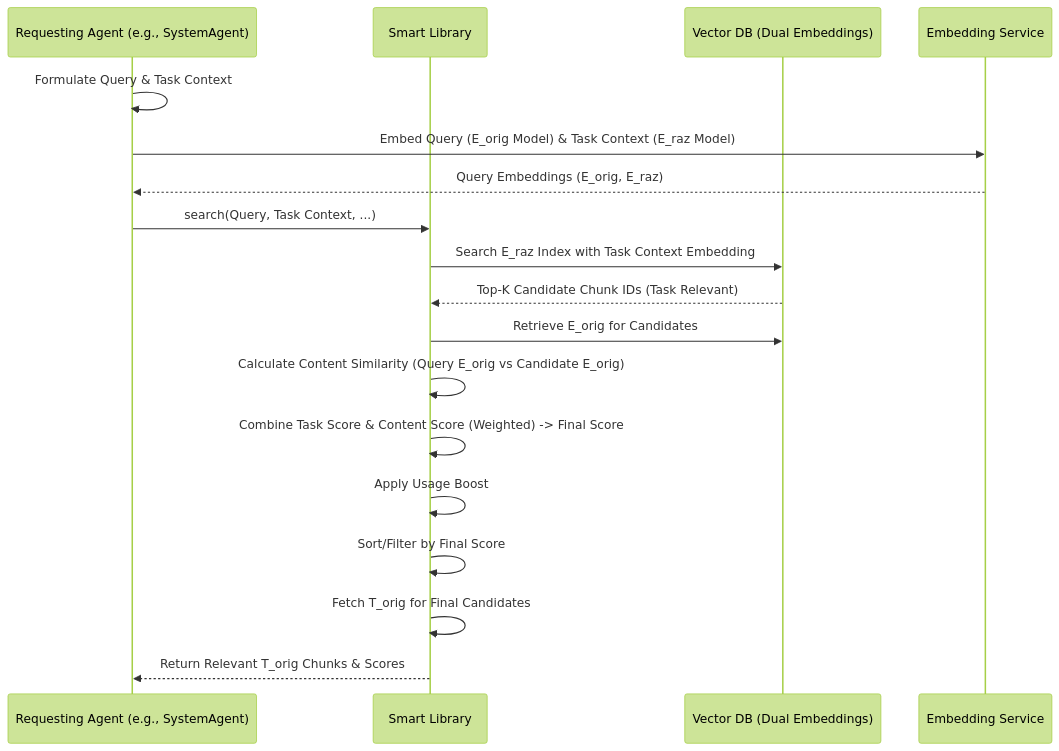
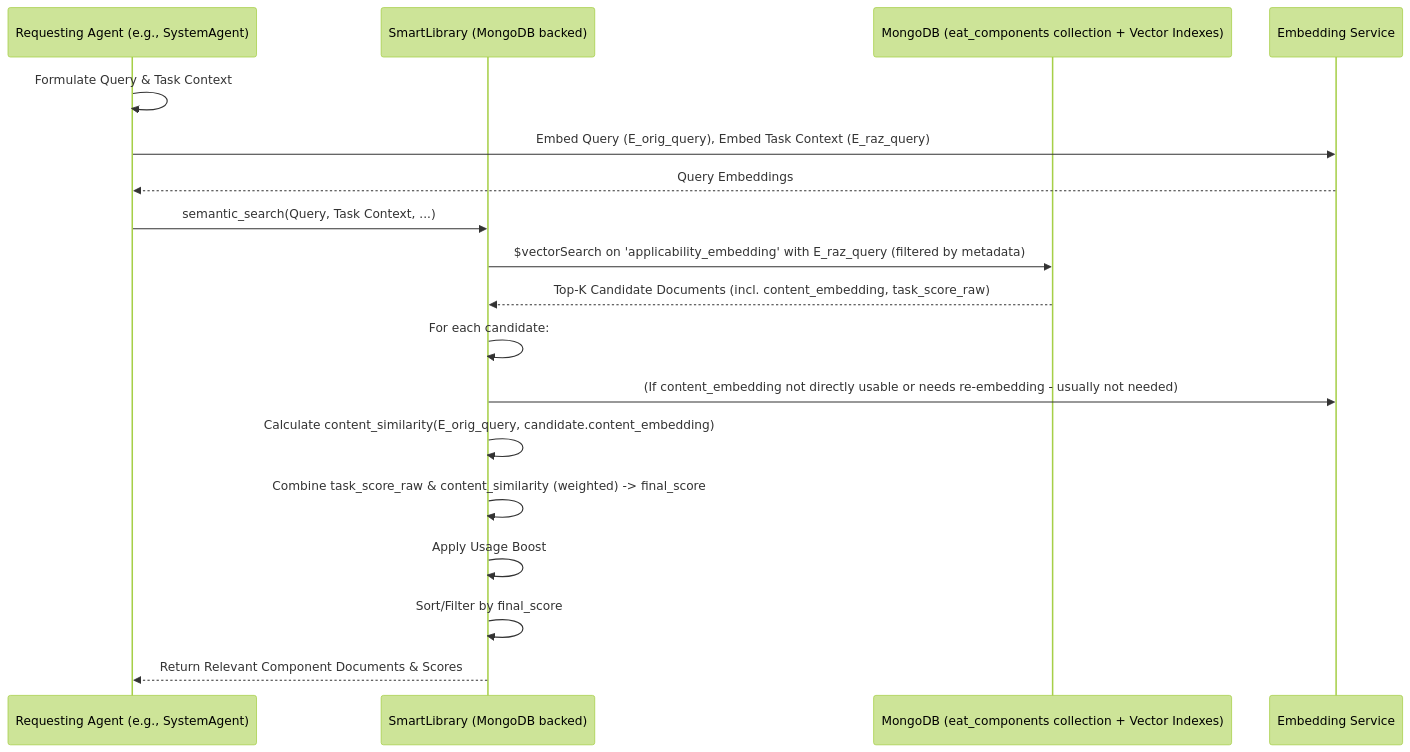
The third of 4 diagrams in docs/ARCHITECTURE.md (matiasmolinas/evolving-agents), drawn with Mermaid (forest theme) before and after one commit. The commit also changed other lines of this file and 15 other files, not shown here.

````diff
--- a/docs/ARCHITECTURE.md
+++ b/docs/ARCHITECTURE.md
@@ -215,25 +165,25 @@
 ```mermaid
 sequenceDiagram
     participant Agent as Requesting Agent (e.g., SystemAgent)
-    participant SL as Smart Library
-    participant VDB as Vector DB (Dual Embeddings)
+    participant SL as SmartLibrary (MongoDB backed)
+    participant MongoDB as MongoDB (eat_components collection + Vector Indexes)
     participant LLM_Emb as Embedding Service
 
     Agent->>Agent: Formulate Query & Task Context
-    Agent->>LLM_Emb: Embed Query (E_orig Model) & Task Context (E_raz Model)
-    LLM_Emb-->>Agent: Query Embeddings (E_orig, E_raz)
+    Agent->>LLM_Emb: Embed Query (E_orig_query), Embed Task Context (E_raz_query)
+    LLM_Emb-->>Agent: Query Embeddings
 
-    Agent->>SL: search(Query, Task Context, ...)
+    Agent->>SL: semantic_search(Query, Task Context, ...)
 
-    SL->>VDB: Search E_raz Index with Task Context Embedding
-    VDB-->>SL: Top-K Candidate Chunk IDs (Task Relevant)
+    SL->>MongoDB: $vectorSearch on 'applicability_embedding' with E_raz_query (filtered by metadata)
+    MongoDB-->>SL: Top-K Candidate Documents (incl. content_embedding, task_score_raw)
 
-    SL->>VDB: Retrieve E_orig for Candidates
-    SL->>SL: Calculate Content Similarity (Query E_orig vs Candidate E_orig)
-    SL->>SL: Combine Task Score & Content Score (Weighted) -> Final Score
+    SL->>SL: For each candidate:
+    SL->>LLM_Emb: (If content_embedding not directly usable or needs re-embedding - usually not needed)
+    SL->>SL: Calculate content_similarity(E_orig_query, candidate.content_embedding)
+    SL->>SL: Combine task_score_raw & content_similarity (weighted) -> final_score
     SL->>SL: Apply Usage Boost
-    SL->>SL: Sort/Filter by Final Score
+    SL->>SL: Sort/Filter by final_score
 
-    SL->>SL: Fetch T_orig for Final Candidates
-    SL-->>Agent: Return Relevant T_orig Chunks & Scores
+    SL-->>Agent: Return Relevant Component Documents & Scores
 ```
````
